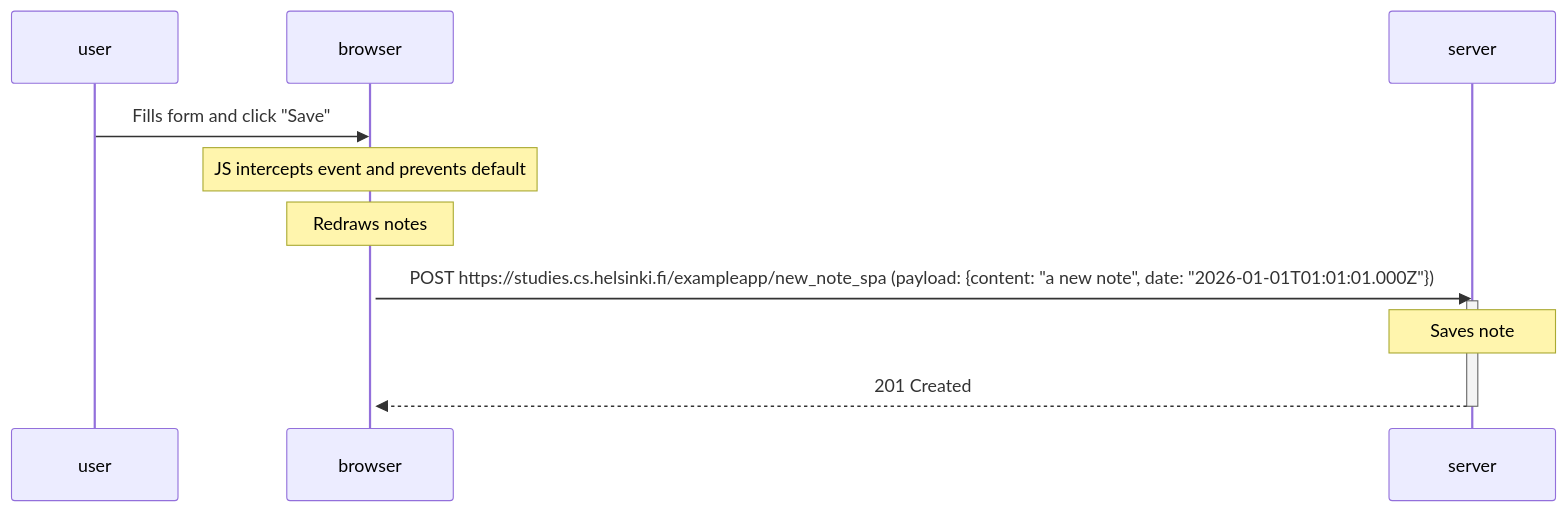
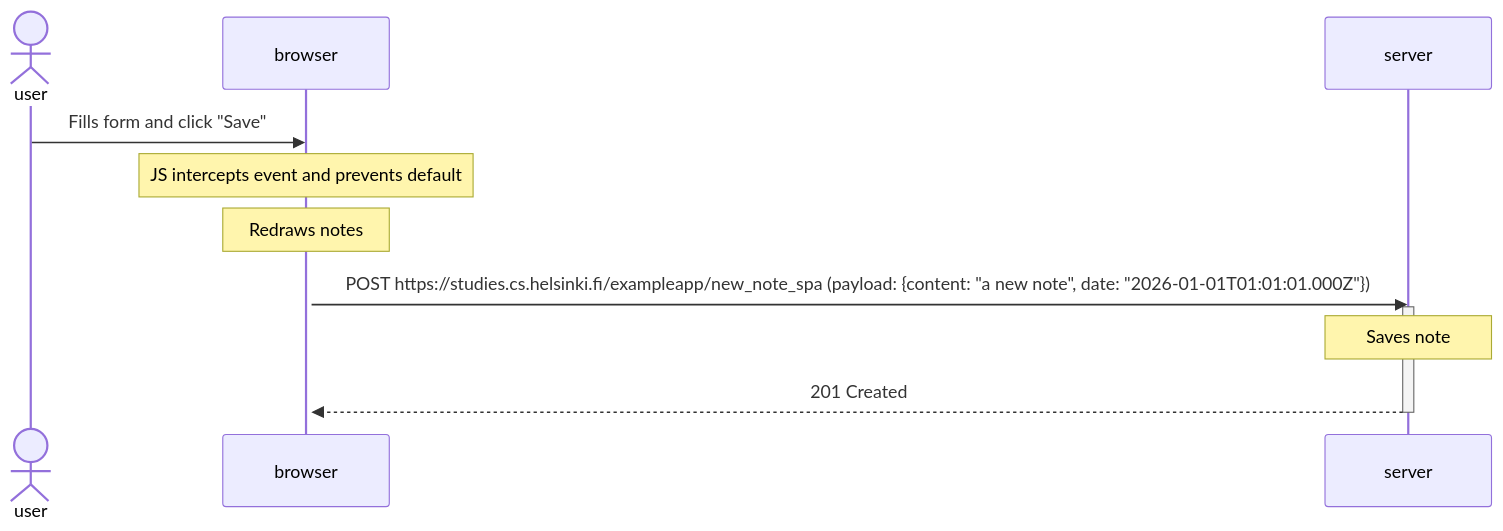
Before and after one commit to diegogv97/React-Full-Stack-Course: the diagram in part0/exercise0.6.md, drawn with Mermaid.

Commit message:
change participant to actor

````diff
--- a/part0/exercise0.6.md
+++ b/part0/exercise0.6.md
@@ -1,20 +1,20 @@
 ```mermaid
 sequenceDiagram
-    participant user
+    actor user
     participant browser
     participant server
 
     user->>browser: Fills form and click "Save"
 
     activate browser
     Note over browser: JS intercepts event and prevents default
 
     Note over browser: Redraws notes
 
     browser->>server: POST https://studies.cs.helsinki.fi/exampleapp/new_note_spa (payload: {content: "a new note", date: "2026-01-01T01:01:01.000Z"})
     
     activate server
     Note over server: Saves note
     server-->>browser: 201 Created
     deactivate server
 ```
````
